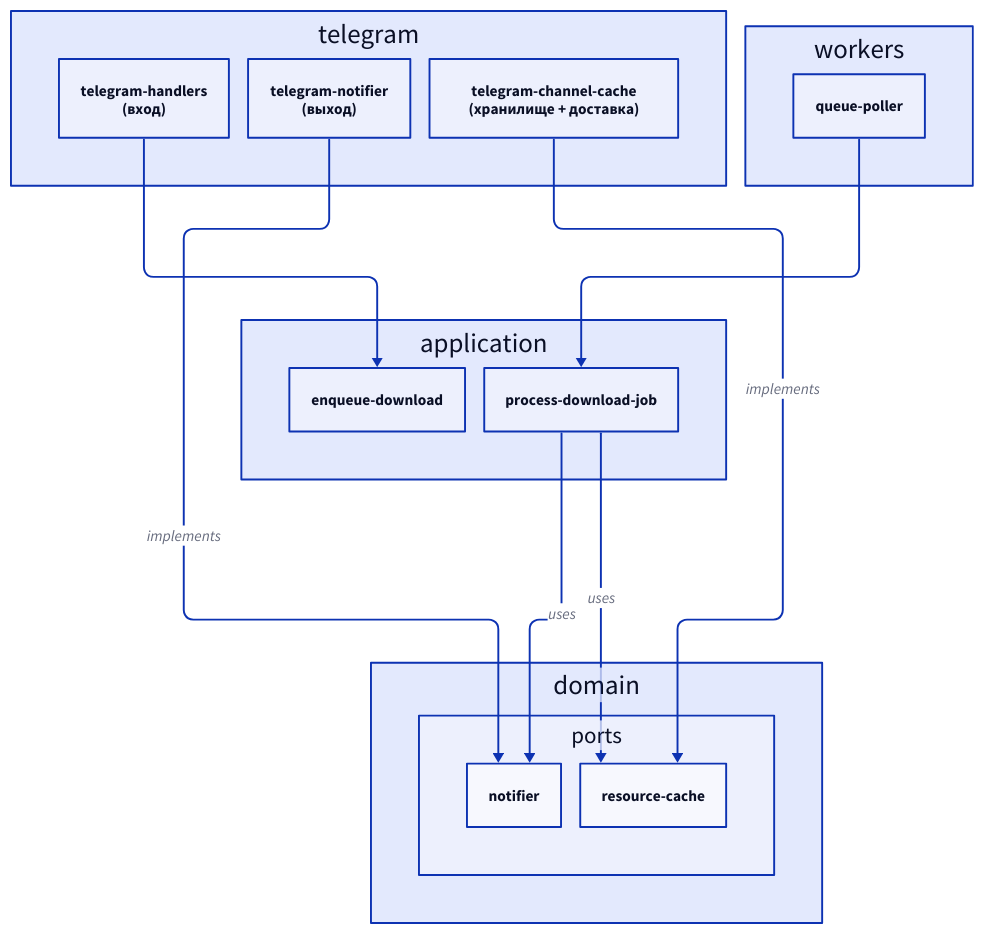
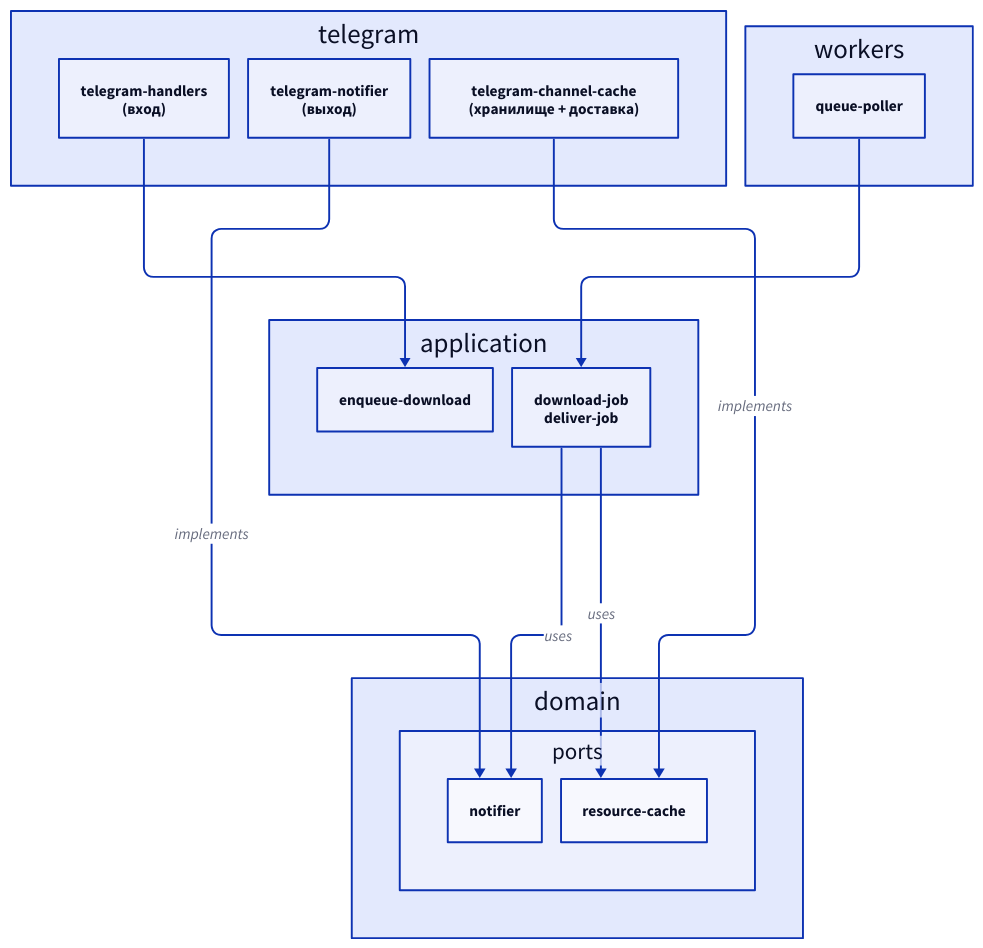
The diagram in docs/diagrams/core.infrastructure.telegram.d2 (iwwwanow/kanalveschaniya), drawn with D2 before and after one commit. The commit also changed 17 other files, not shown here.

First line of the commit message:
feat(queue): split download and delivery into two stages with their own retries

```diff
--- a/docs/diagrams/core.infrastructure.telegram.d2
+++ b/docs/diagrams/core.infrastructure.telegram.d2
@@ -1,39 +1,39 @@
 vars: {
   d2-config: {
     layout-engine: elk
   }
 }
 
 direction: down
 
 # Вопрос: как infrastructure подключается к приложению? Telegram — три шва (вход, выход,
 # хранилище + доставка), плюс воркер, который запускает обработку задач (не Telegram).
 # Все стрелки — зависимости в коде и идут сверху вниз (внутрь). Состояние (telegram.db)
 # и обмен с Bot API сюда не входят.
 
 telegram: {
   telegram-handlers: "telegram-handlers\n(вход)"
   telegram-notifier: "telegram-notifier\n(выход)"
   telegram-channel-cache: "telegram-channel-cache\n(хранилище + доставка)"
 }
 
 workers: {
   queue-poller
 }
 
 application: {
   enqueue-download
-  process-download-job
+  jobs: "download-job\ndeliver-job"
 }
 
 domain.ports: {
   notifier
   resource-cache
 }
 
 telegram.telegram-handlers -> application.enqueue-download
-workers.queue-poller -> application.process-download-job
+workers.queue-poller -> application.jobs
 telegram.telegram-notifier -> domain.ports.notifier: implements
 telegram.telegram-channel-cache -> domain.ports.resource-cache: implements
-application.process-download-job -> domain.ports.notifier: uses
-application.process-download-job -> domain.ports.resource-cache: uses
+application.jobs -> domain.ports.notifier: uses
+application.jobs -> domain.ports.resource-cache: uses
```
